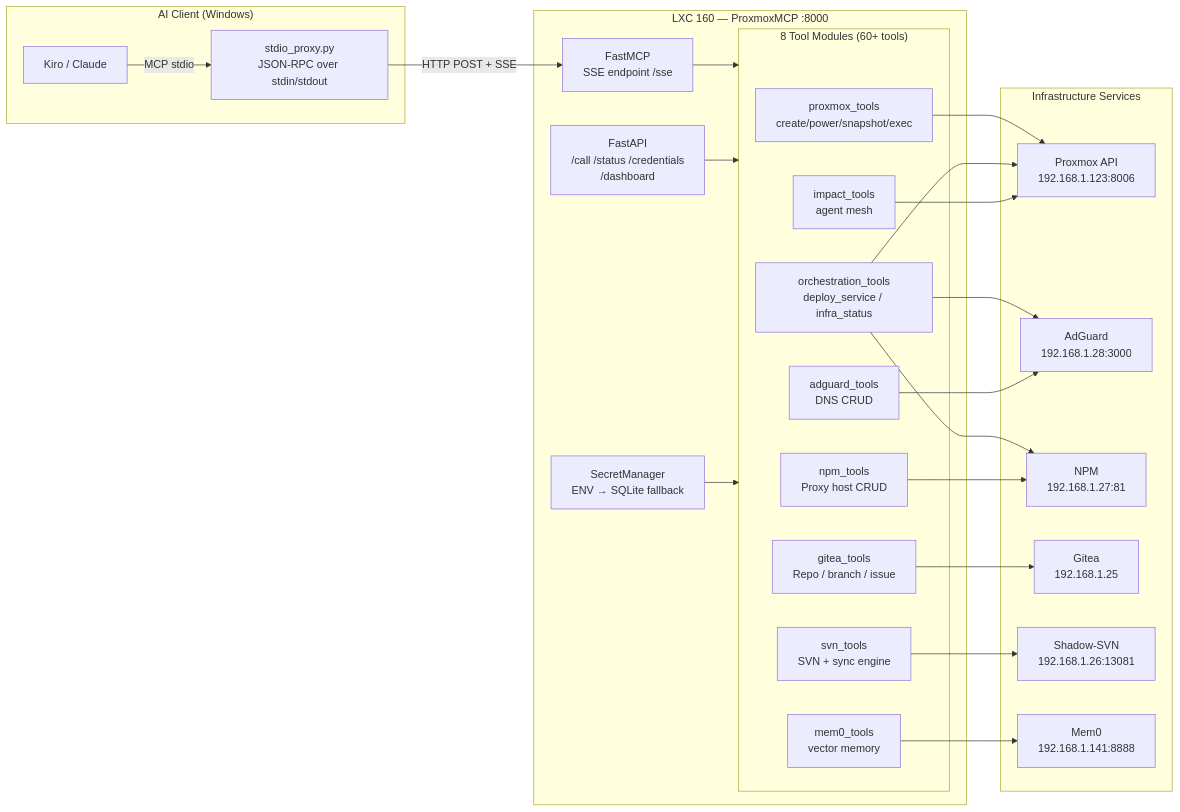
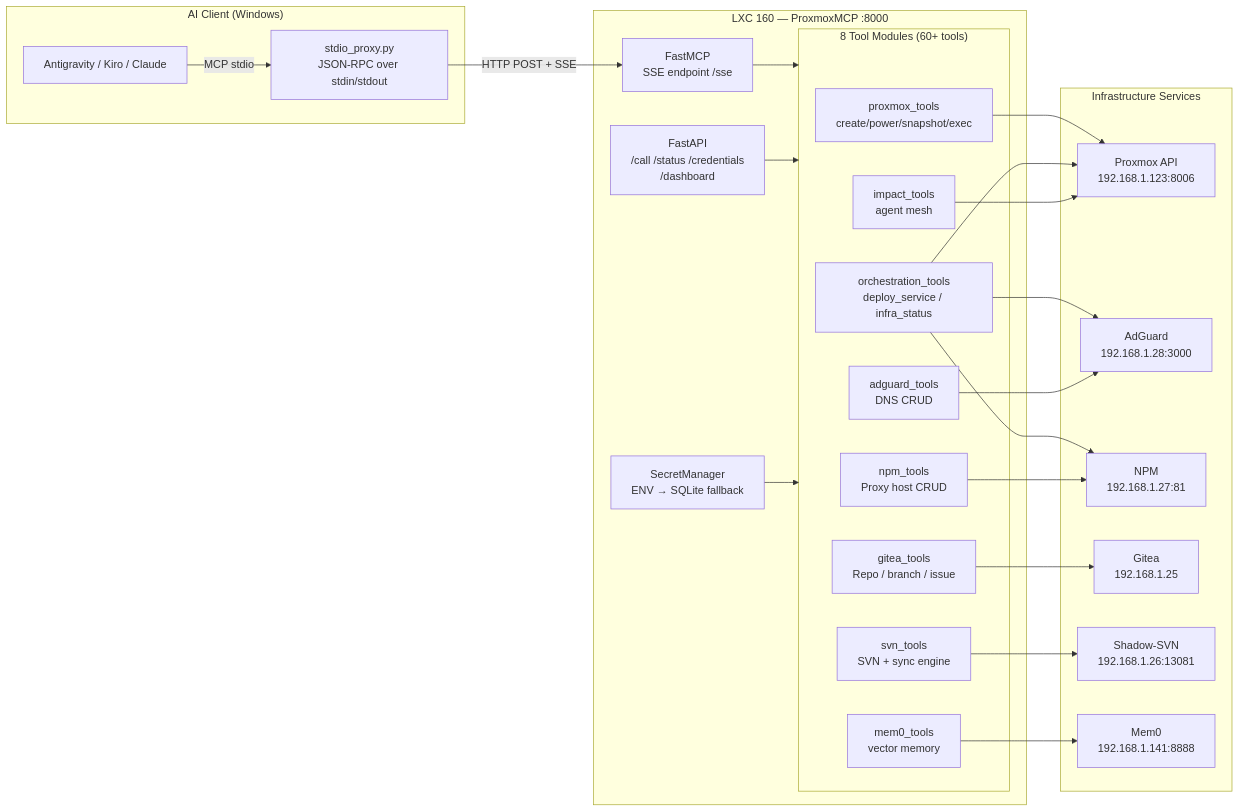
Before and after one commit to cihadkocasahan/ProxmoxHomeLab: the diagram in diagrams/02_mcp_control_plane.md, drawn with Mermaid. The commit also changed 2 other files, not shown here.

Commit message:
fix(diagrams): update 9router in LXC 141, add VM 210 donor, and refine agent/user flow in diagrams

````diff
--- a/diagrams/02_mcp_control_plane.md
+++ b/diagrams/02_mcp_control_plane.md
@@ -3,48 +3,48 @@
 ```mermaid
 graph LR
     subgraph CLIENT["AI Client (Windows)"]
-        AI["Kiro / Claude"]
+        AI["Antigravity / Kiro / Claude"]
         PROXY["stdio_proxy.py\nJSON-RPC over stdin/stdout"]
     end
 
     subgraph LXC160["LXC 160 — ProxmoxMCP :8000"]
         SSE["FastMCP\nSSE endpoint /sse"]
         API["FastAPI\n/call /status /credentials\n/dashboard"]
         SM["SecretManager\nENV → SQLite fallback"]
 
         subgraph TOOLS["8 Tool Modules (60+ tools)"]
             T1["proxmox_tools\ncreate/power/snapshot/exec"]
             T2["orchestration_tools\ndeploy_service / infra_status"]
             T3["adguard_tools\nDNS CRUD"]
             T4["npm_tools\nProxy host CRUD"]
             T5["gitea_tools\nRepo / branch / issue"]
             T6["svn_tools\nSVN + sync engine"]
             T7["mem0_tools\nvector memory"]
             T8["impact_tools\nagent mesh"]
         end
     end
 
     subgraph SERVICES["Infrastructure Services"]
         PVE_API["Proxmox API\n192.168.1.123:8006"]
         ADGUARD["AdGuard\n192.168.1.28:3000"]
         NPMAPI["NPM\n192.168.1.27:81"]
         GITEA["Gitea\n192.168.1.25"]
         SVNAPI["Shadow-SVN\n192.168.1.26:13081"]
         MEM0["Mem0\n192.168.1.141:8888"]
     end
 
     AI -->|MCP stdio| PROXY
     PROXY -->|HTTP POST + SSE| SSE
     SSE --> TOOLS
     API --> TOOLS
     SM --> TOOLS
 
     T1 --> PVE_API
     T2 --> PVE_API & ADGUARD & NPMAPI
     T3 --> ADGUARD
     T4 --> NPMAPI
     T5 --> GITEA
     T6 --> SVNAPI
     T7 --> MEM0
     T8 --> PVE_API
 ```
````
